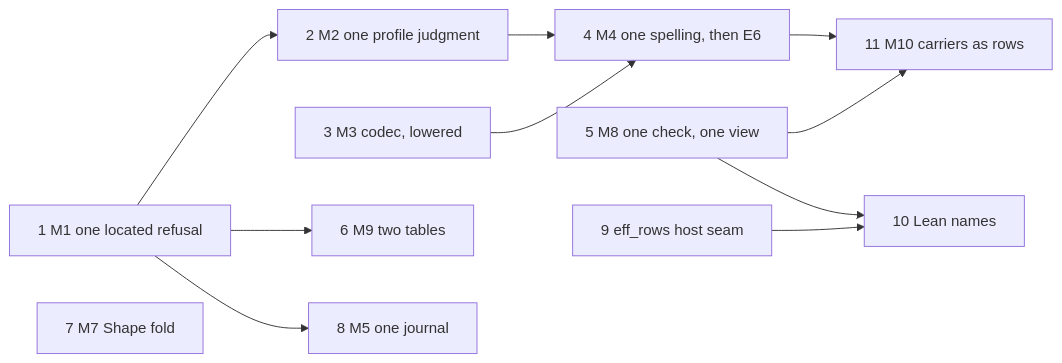
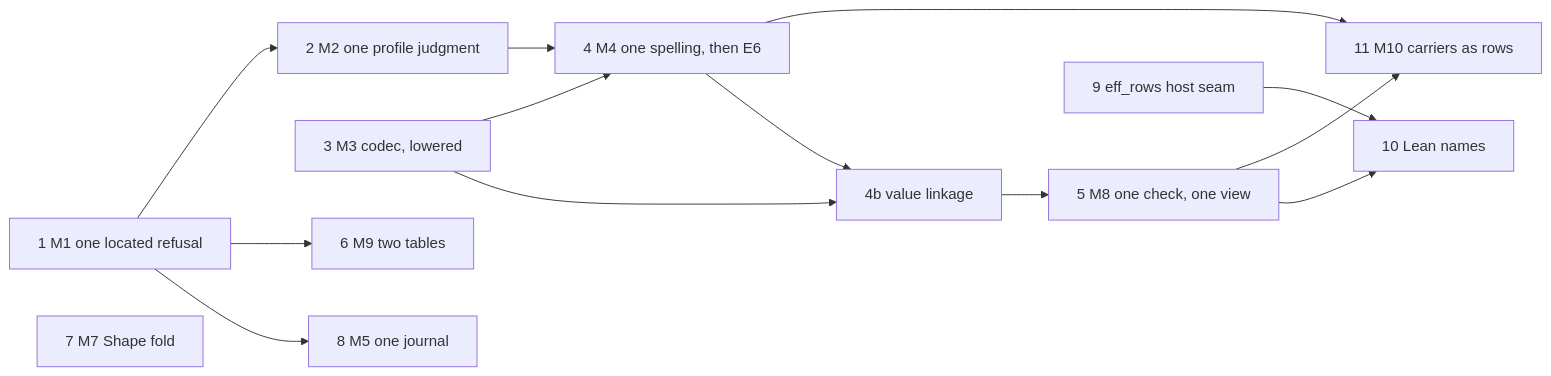
One commit to pure-algebra/lean4-effect4 changed the second of 2 diagrams in docs/research/2026-10-20-coherence-audit/coherence.md. Above: the diagram before and after it, drawn with Mermaid. The commit also changed other lines of this file and 1 other file, not shown here.

Commit message:
Record the shape review's rulings: row 428; the plan's rows M8, M9, M7, M5 and M10 amended, value linkage added as 4b, today's order

````diff
--- a/docs/research/2026-10-20-coherence-audit/coherence.md
+++ b/docs/research/2026-10-20-coherence-audit/coherence.md
@@ -288,13 +293,16 @@
 ```mermaid
 flowchart LR
   M1["1 M1 one located refusal"] --> M2["2 M2 one profile judgment"]
   M2 --> M4["4 M4 one spelling, then E6"]
   M3["3 M3 codec, lowered"] --> M4
   M1 --> M9["6 M9 two tables"]
   M1 --> M5["8 M5 one journal"]
   M8["5 M8 one check, one view"] --> M10["11 M10 carriers as rows"]
   M4 --> M10
+  M4 --> VL["4b value linkage"]
+  M3 --> VL
+  VL --> M8
   M8 --> N["10 Lean names"]
   F3["9 eff_rows host seam"] --> N
   M7["7 M7 Shape fold"]
 ```
````
